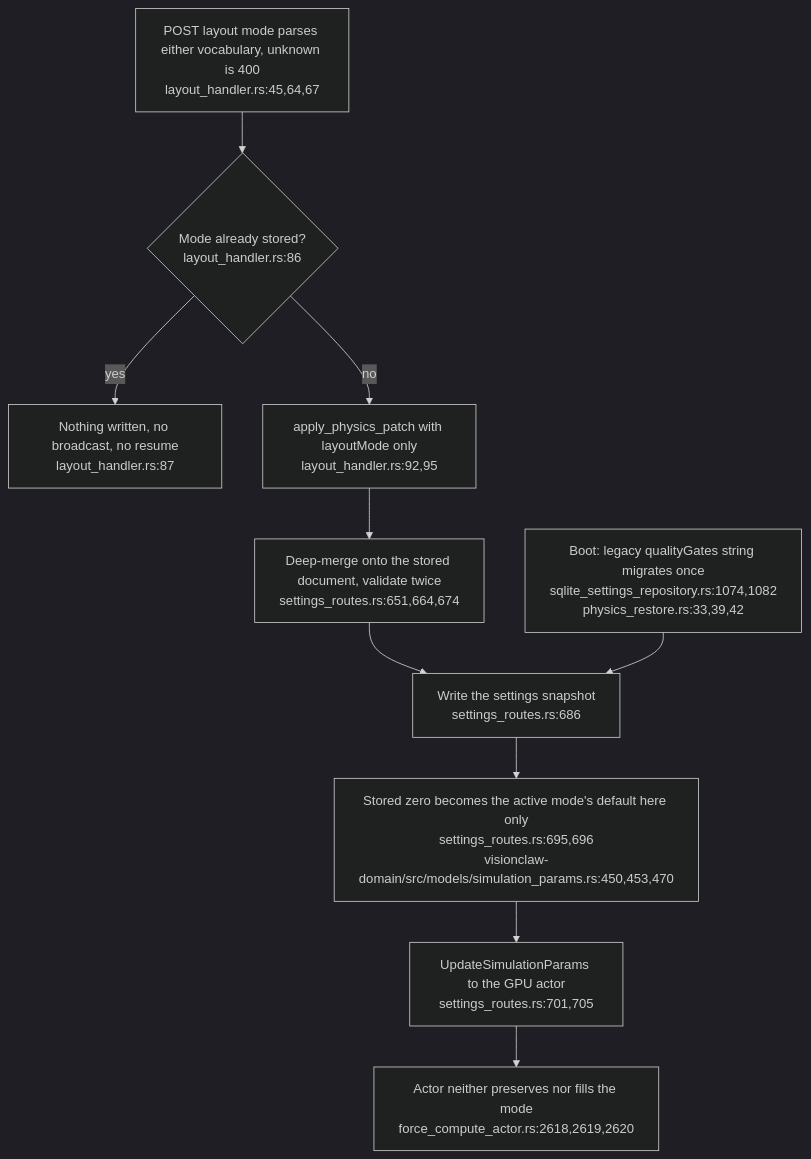
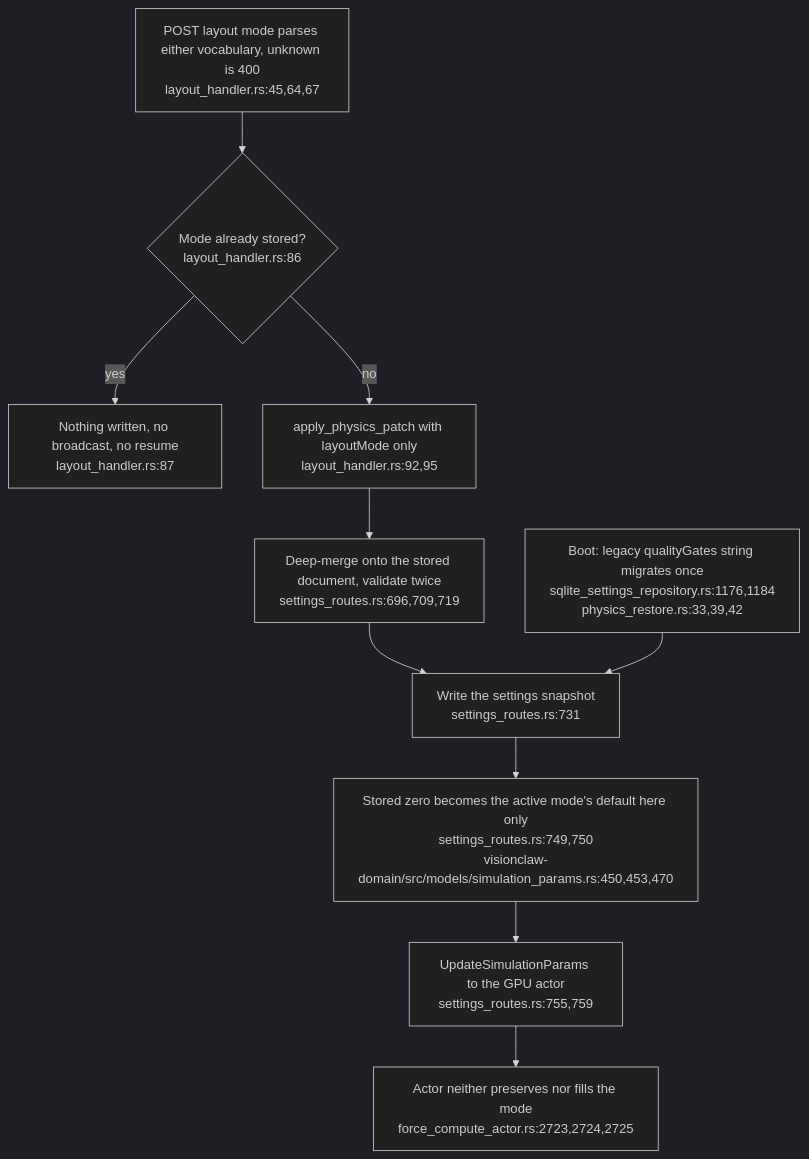
Before and after one commit to DreamLab-AI/VisionFlow: the first of 6 diagrams in docs/diagrams/visionclaw/54-layout-mode-step-cadence-and-settle.md, drawn with Mermaid (dark theme). The commit also changed other lines of this file, not shown here.

First line of the commit message:
docs(diagrams): VC-54.6 layout modes resolve on the host; the kernel never reads layout_mode

````diff
--- a/docs/diagrams/visionclaw/54-layout-mode-step-cadence-and-settle.md
+++ b/docs/diagrams/visionclaw/54-layout-mode-step-cadence-and-settle.md
@@ -43,12 +45,12 @@
 ```mermaid
 flowchart TD
     POST["POST layout mode parses either vocabulary, unknown is 400<br/>layout_handler.rs:45,64,67"] --> SAME{"Mode already stored?<br/>layout_handler.rs:86"}
     SAME -->|yes| NOOP["Nothing written, no broadcast, no resume<br/>layout_handler.rs:87"]
     SAME -->|no| PATCH["apply_physics_patch with layoutMode only<br/>layout_handler.rs:92,95"]
-    PATCH --> MERGE["Deep-merge onto the stored document, validate twice<br/>settings_routes.rs:651,664,674"]
-    MERGE --> STORE["Write the settings snapshot<br/>settings_routes.rs:686"]
-    STORE --> RESOLVE["Stored zero becomes the active mode's default here only<br/>settings_routes.rs:695,696<br/>visionclaw-domain/src/models/simulation_params.rs:450,453,470"]
-    RESOLVE --> GPU["UpdateSimulationParams to the GPU actor<br/>settings_routes.rs:701,705"]
-    GPU --> ACTOR["Actor neither preserves nor fills the mode<br/>force_compute_actor.rs:2618,2619,2620"]
-    BOOT["Boot: legacy qualityGates string migrates once<br/>sqlite_settings_repository.rs:1074,1082<br/>physics_restore.rs:33,39,42"] --> STORE
+    PATCH --> MERGE["Deep-merge onto the stored document, validate twice<br/>settings_routes.rs:696,709,719"]
+    MERGE --> STORE["Write the settings snapshot<br/>settings_routes.rs:731"]
+    STORE --> RESOLVE["Stored zero becomes the active mode's default here only<br/>settings_routes.rs:749,750<br/>visionclaw-domain/src/models/simulation_params.rs:450,453,470"]
+    RESOLVE --> GPU["UpdateSimulationParams to the GPU actor<br/>settings_routes.rs:755,759"]
+    GPU --> ACTOR["Actor neither preserves nor fills the mode<br/>force_compute_actor.rs:2723,2724,2725"]
+    BOOT["Boot: legacy qualityGates string migrates once<br/>sqlite_settings_repository.rs:1176,1184<br/>physics_restore.rs:33,39,42"] --> STORE
 ```
````
